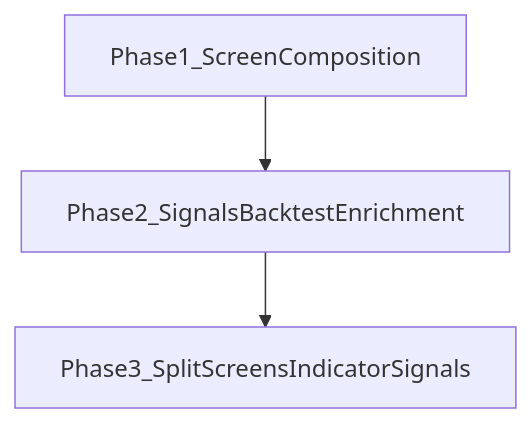
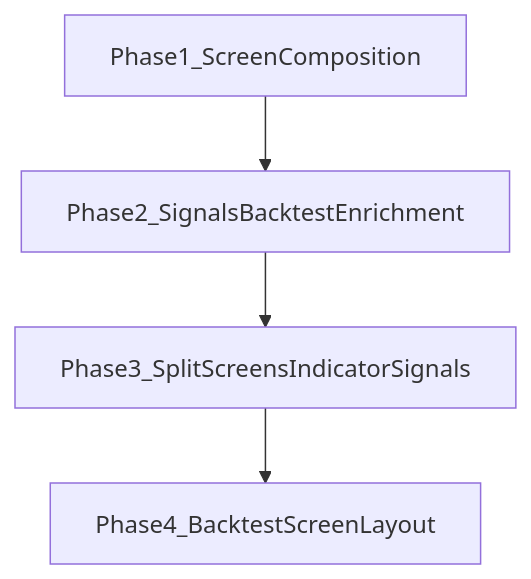
Before and after one commit to KenichiroArai/market-platform: the diagram in docs/roadmap/v0/v0.3/v0.3.0.md, drawn with Mermaid. The commit also changed other lines of this file and 10 other files, not shown here.

````diff
--- a/docs/roadmap/v0/v0.3/v0.3.0.md
+++ b/docs/roadmap/v0/v0.3/v0.3.0.md
@@ -5,8 +5,10 @@
 ```mermaid
 flowchart TB
   p1[Phase1_ScreenComposition]
   p2[Phase2_SignalsBacktestEnrichment]
   p3[Phase3_SplitScreensIndicatorSignals]
+  p4[Phase4_BacktestScreenLayout]
   p1 --> p2
   p2 --> p3
+  p3 --> p4
 ```
````
